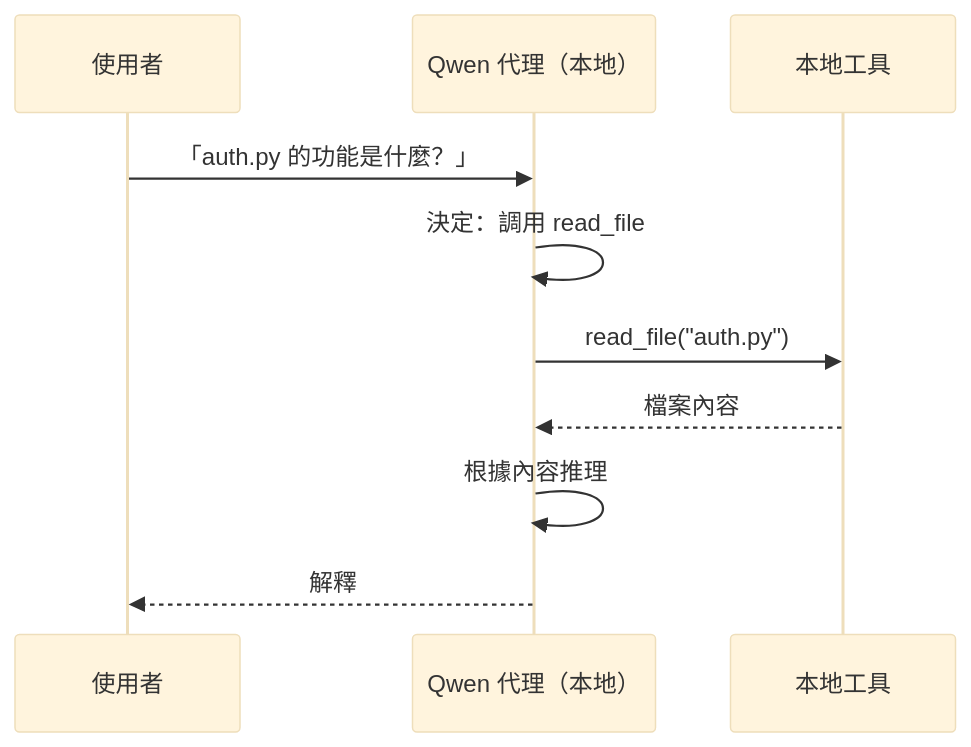
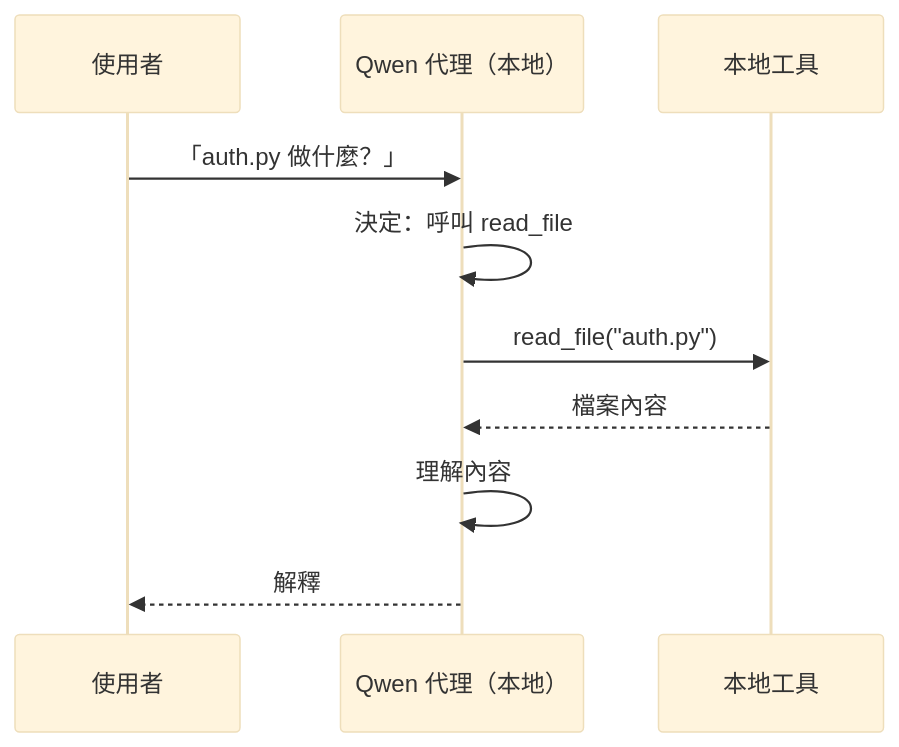
The second of 4 diagrams in mirrors/repos/microsoft@ai-agents-for-beginners/translations/zh-HK/17-creating-local-ai-agents/README.md (gabrielmoreira/agent-skills-mirror), drawn with Mermaid (base theme) before and after one commit. The commit also changed other lines of this file and 4262 other files, not shown here.

````diff
--- a/mirrors/repos/microsoft@ai-agents-for-beginners/translations/zh-HK/17-creating-local-ai-agents/README.md
+++ b/mirrors/repos/microsoft@ai-agents-for-beginners/translations/zh-HK/17-creating-local-ai-agents/README.md
@@ -106,12 +106,12 @@
 ```mermaid
 sequenceDiagram
     participant U as 使用者
     participant A as Qwen 代理（本地）
     participant T as 本地工具
-    U->>A: 「auth.py 的功能是什麼？」
-    A->>A: 決定：調用 read_file
+    U->>A: 「auth.py 做什麼？」
+    A->>A: 決定：呼叫 read_file
     A->>T: read_file("auth.py")
     T-->>A: 檔案內容
-    A->>A: 根據內容推理
+    A->>A: 理解內容
     A-->>U: 解釋
 ```
````
